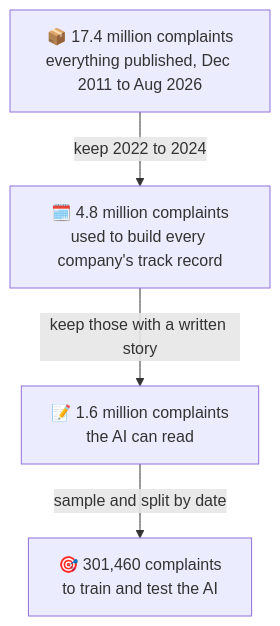
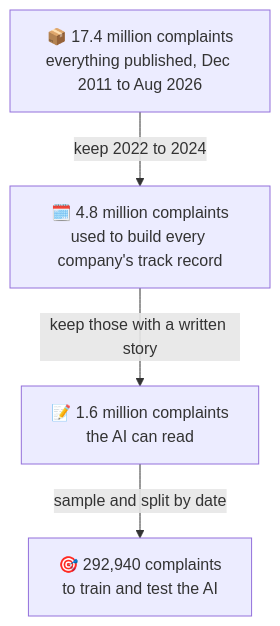
Before and after one commit to Bajaj30/TriageIQ: the eighth of 14 diagrams in README.md, drawn with Mermaid. The commit also changed other lines of this file and 8 other files, not shown here.

````diff
--- a/README.md
+++ b/README.md
@@ -156,7 +156,7 @@
 ```mermaid
 flowchart TD
     A["📦 17.4 million complaints<br/>everything published, Dec 2011 to Aug 2026"]
     A -->|keep 2022 to 2024| B["🗓️ 4.8 million complaints<br/>used to build every company's track record"]
     B -->|keep those with a written story| C["📝 1.6 million complaints<br/>the AI can read"]
-    C -->|sample and split by date| D["🎯 301,460 complaints<br/>to train and test the AI"]
+    C -->|sample and split by date| D["🎯 292,940 complaints<br/>to train and test the AI"]
 ```
````
